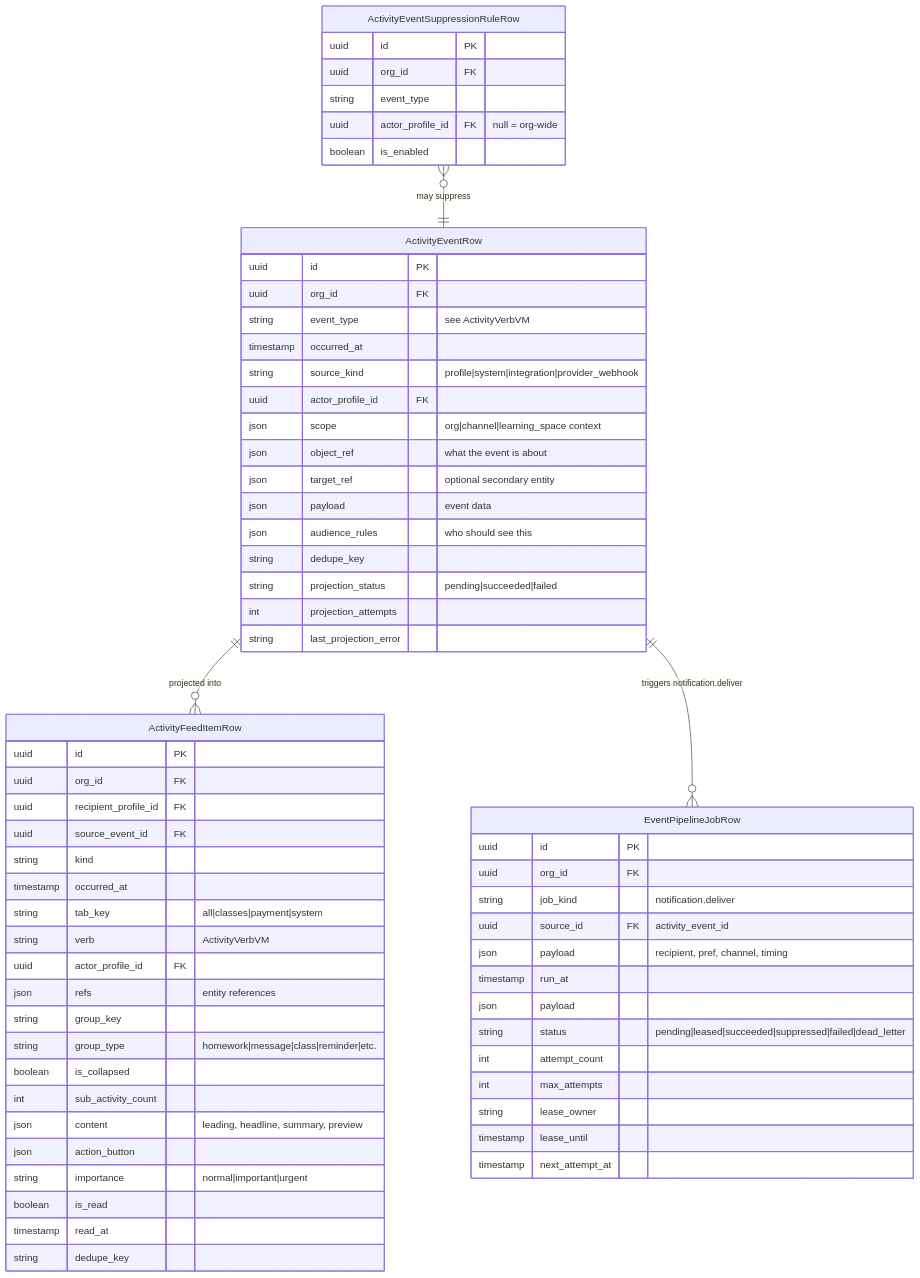
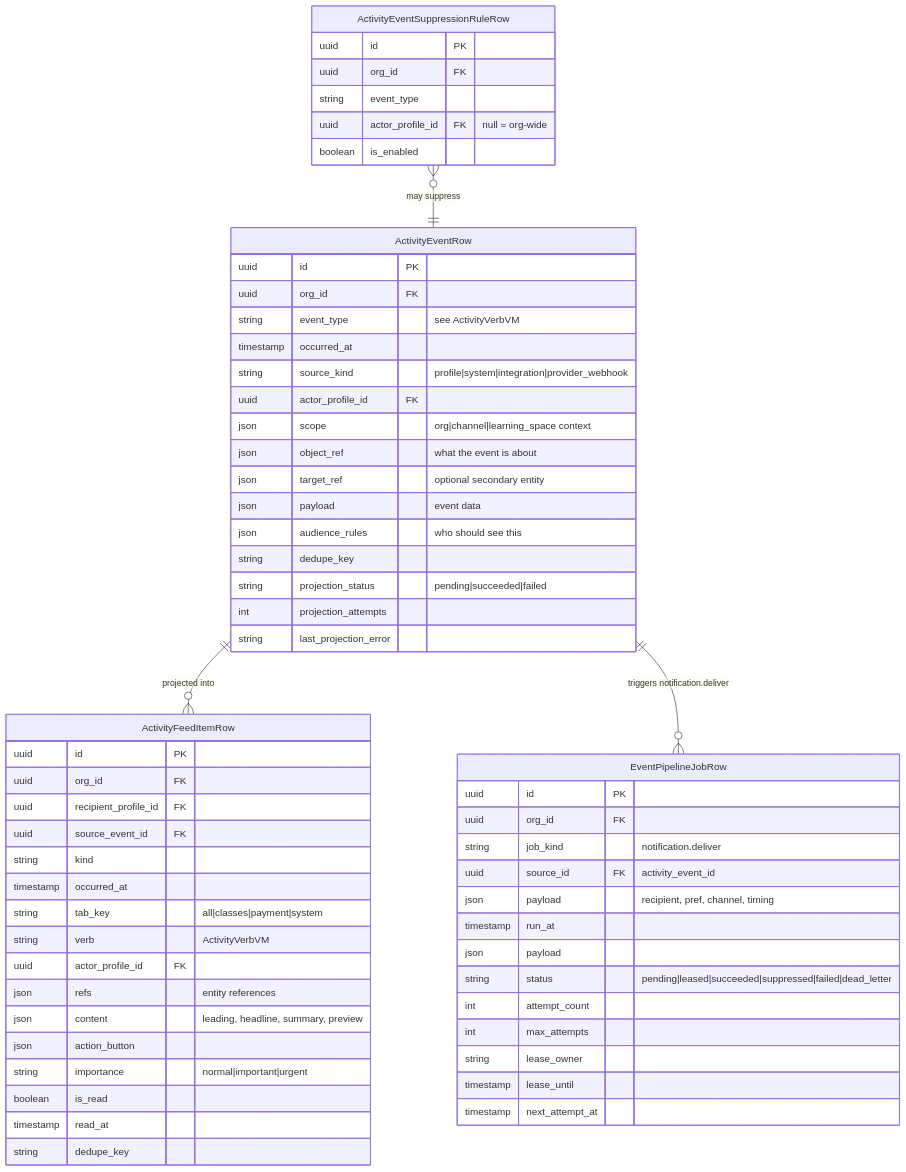
One commit to heidisoft/iconicedu-monorepo changed diagram 25 of 31 in docs/architecture/feature-diagrams.md. Above: the diagram before and after it, drawn with Mermaid. The commit also changed other lines of this file and 39 other files, not shown here.

````diff
--- a/docs/architecture/feature-diagrams.md
+++ b/docs/architecture/feature-diagrams.md
@@ -1296,71 +1296,67 @@
 ```mermaid
 erDiagram
     ActivityEventRow {
         uuid id PK
         uuid org_id FK
         string event_type "see ActivityVerbVM"
         timestamp occurred_at
         string source_kind "profile|system|integration|provider_webhook"
         uuid actor_profile_id FK
         json scope "org|channel|learning_space context"
         json object_ref "what the event is about"
         json target_ref "optional secondary entity"
         json payload "event data"
         json audience_rules "who should see this"
         string dedupe_key
         string projection_status "pending|succeeded|failed"
         int projection_attempts
         string last_projection_error
     }
 
     ActivityFeedItemRow {
         uuid id PK
         uuid org_id FK
         uuid recipient_profile_id FK
         uuid source_event_id FK
         string kind
         timestamp occurred_at
         string tab_key "all|classes|payment|system"
         string verb "ActivityVerbVM"
         uuid actor_profile_id FK
         json refs "entity references"
-        string group_key
-        string group_type "homework|message|class|reminder|etc."
-        boolean is_collapsed
-        int sub_activity_count
         json content "leading, headline, summary, preview"
         json action_button
         string importance "normal|important|urgent"
         boolean is_read
         timestamp read_at
         string dedupe_key
     }
 
     ActivityEventSuppressionRuleRow {
         uuid id PK
         uuid org_id FK
         string event_type
         uuid actor_profile_id FK "null = org-wide"
         boolean is_enabled
     }
 
     EventPipelineJobRow {
         uuid id PK
         uuid org_id FK
         string job_kind "notification.deliver"
         uuid source_id FK "activity_event_id"
         json payload "recipient, pref, channel, timing"
         timestamp run_at
         json payload
         string status "pending|leased|succeeded|suppressed|failed|dead_letter"
         int attempt_count
         int max_attempts
         string lease_owner
         timestamp lease_until
         timestamp next_attempt_at
     }
 
     ActivityEventRow ||--o{ ActivityFeedItemRow : "projected into"
     ActivityEventRow ||--o{ EventPipelineJobRow : "triggers notification.deliver"
     ActivityEventSuppressionRuleRow }o--|| ActivityEventRow : "may suppress"
 ```
````
